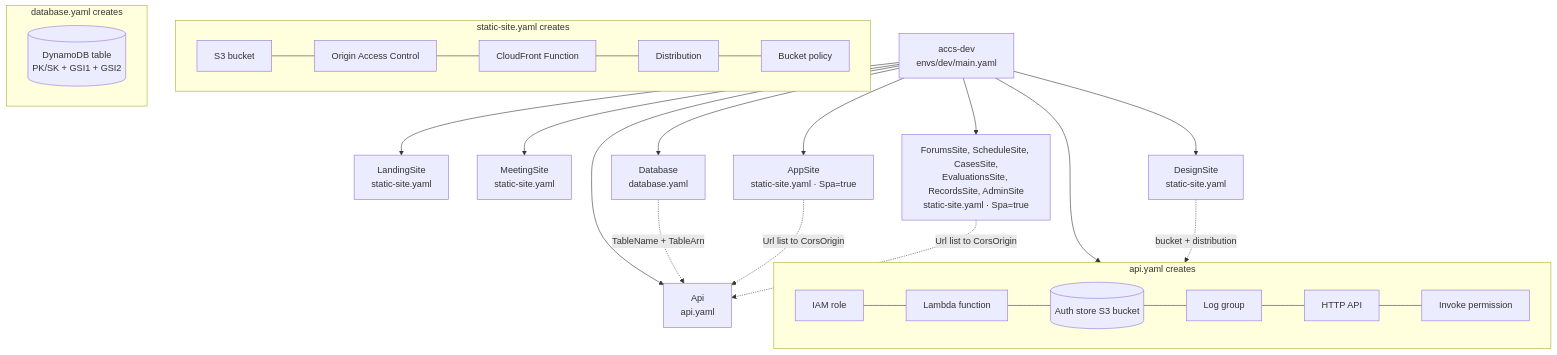
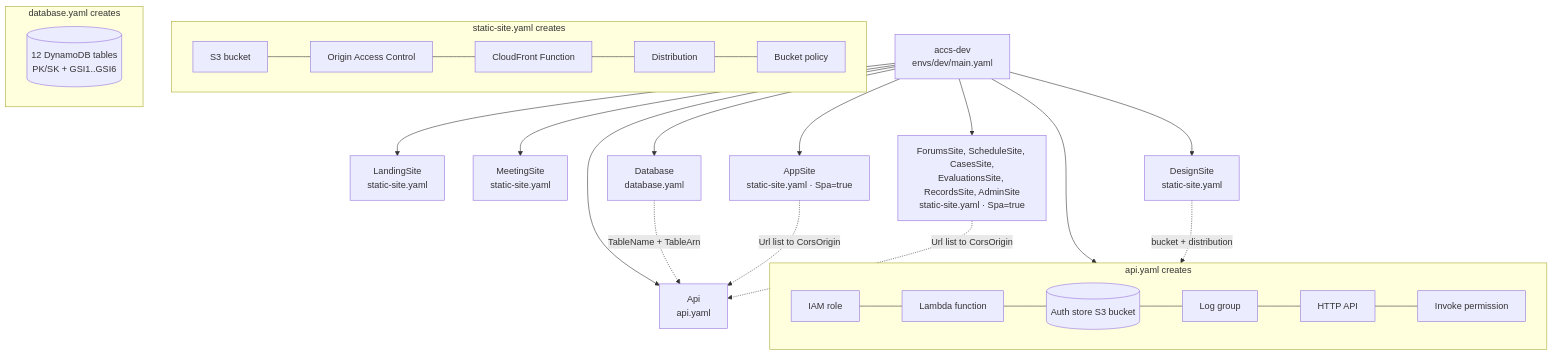
One commit to MeetingAt10/accs-architecture changed the second of 4 diagrams in README.md. Above: the diagram before and after it, drawn with Mermaid. The commit also changed other lines of this file and 5 other files, not shown here.

First line of the commit message:
feat: replace the single app table with the twelve DOC006 tables

````diff
--- a/README.md
+++ b/README.md
@@ -64,28 +64,28 @@
 ```mermaid
 flowchart TB
   root["accs-dev<br/>envs/dev/main.yaml"]
   root --> landing["LandingSite<br/>static-site.yaml"]
   root --> meeting["MeetingSite<br/>static-site.yaml"]
   root --> app["AppSite<br/>static-site.yaml · Spa=true"]
   root --> modules["ForumsSite, ScheduleSite, CasesSite,<br/>EvaluationsSite, RecordsSite, AdminSite<br/>static-site.yaml · Spa=true"]
   root --> design["DesignSite<br/>static-site.yaml"]
   root --> role["DesignDeployRole<br/>github-deploy-role.yaml"]
   design -. bucket + distribution .-> role
   root --> db["Database<br/>database.yaml"]
   root --> api["Api<br/>api.yaml"]
   db -. TableName + TableArn .-> api
   app & modules -. Url list to CorsOrigin .-> api
 
   subgraph site["static-site.yaml creates"]
     direction LR
     b[S3 bucket] --- oac[Origin Access Control] --- cff[CloudFront Function] --- dist[Distribution] --- pol[Bucket policy]
   end
   subgraph dbt["database.yaml creates"]
     direction LR
-    t[(DynamoDB table<br/>PK/SK + GSI1 + GSI2)]
+    t[(12 DynamoDB tables<br/>PK/SK + GSI1..GSI6)]
   end
   subgraph apit["api.yaml creates"]
     direction LR
     role[IAM role] --- f[Lambda function] --- ab[(Auth store S3 bucket)] --- lg[Log group] --- http[HTTP API] --- perm[Invoke permission]
   end
 ```
````
